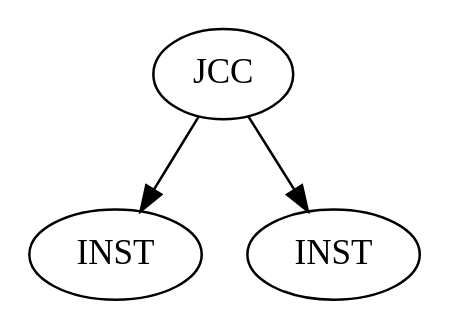
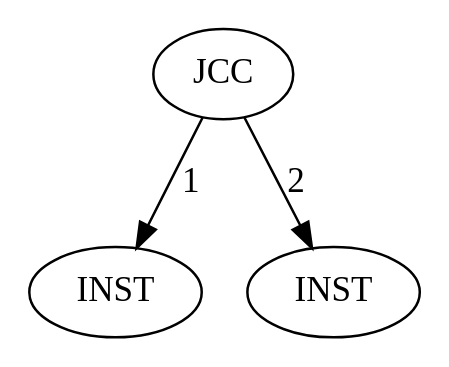
The diagram in tests_graphs/test0/pattern.dot (yaps8/griso), drawn with Graphviz before and after one commit. The commit also changed 25 other files, not shown here.

```diff
--- a/tests_graphs/test0/pattern.dot
+++ b/tests_graphs/test0/pattern.dot
@@ -1,7 +1,7 @@
 Digraph G {
 "A" [label = "JCC" , options="root"]
 "B" [label = "INST"]
 "C" [label = "INST"]
-"A" -> "B"
-"A" -> "C"
+"A" -> "B" [label = "1"]
+"A" -> "C" [label = "2"]
 }
```
